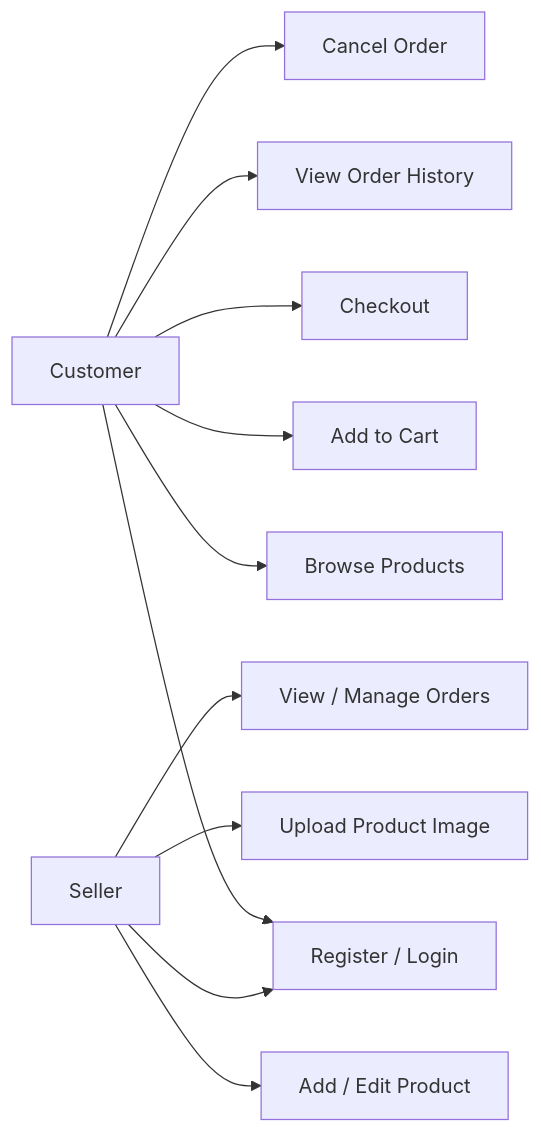
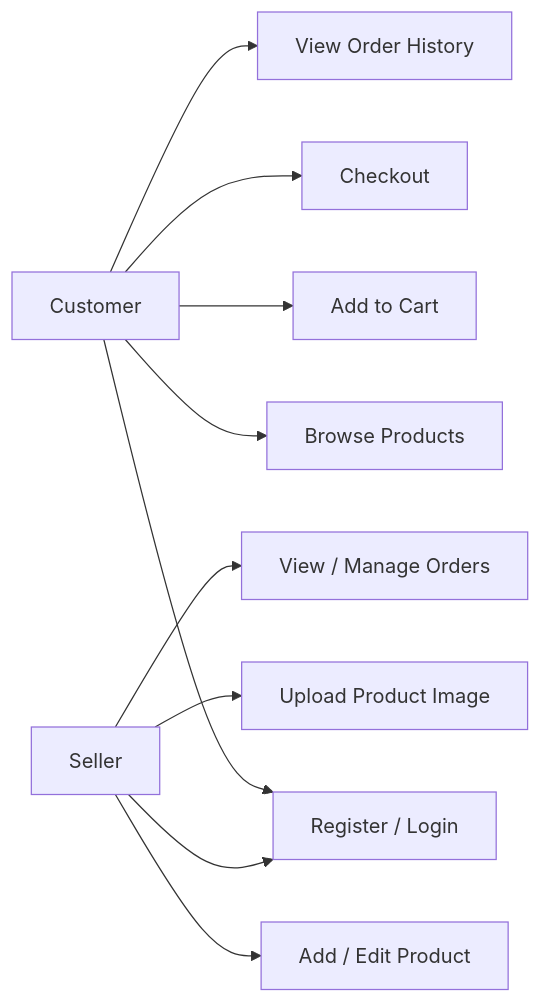
The diagram in docs/usecase.md (lovish-ab/grocery_delivery_docs), drawn with Mermaid before and after one commit. The commit also changed 1 other file, not shown here.

Commit message:
fix: fix diagram

````diff
--- a/docs/usecase.md
+++ b/docs/usecase.md
@@ -148,8 +148,8 @@
 ```mermaid
  
 flowchart LR
-    Customer["Customer"] --> RegisterLogin["Register / Login"] & BrowseProducts["Browse Products"] & AddToCart["Add to Cart"] & Checkout["Checkout"] & ViewOrderHistory["View Order History"] & CancelOrder["Cancel Order"]
+    Customer["Customer"] --> RegisterLogin["Register / Login"] & BrowseProducts["Browse Products"] & AddToCart["Add to Cart"] & Checkout["Checkout"] & ViewOrderHistory["View Order History"]
     Seller["Seller"] --> RegisterLogin & AddEditProduct["Add / Edit Product"] & UploadProductImage["Upload Product Image"] & ViewManageOrders["View / Manage Orders"]
 
 
 ```
````
